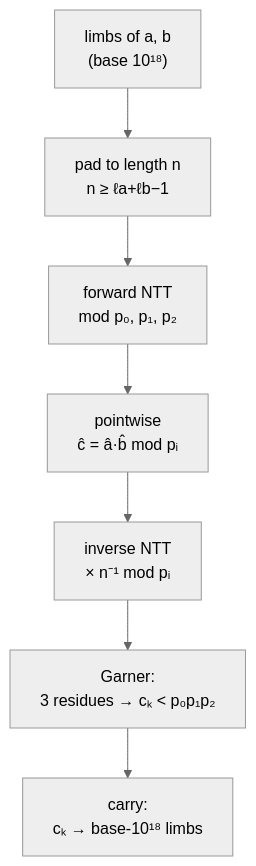
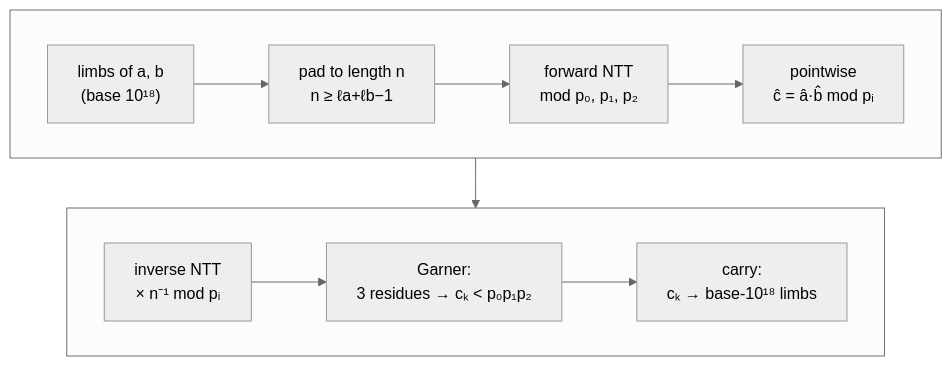
Before and after one commit to cecoppola/ntt: the diagram in docs/build/mermaid1.mmd, drawn with Mermaid (neutral theme). The commit also changed 6 other files, not shown here.

```diff
--- a/docs/build/mermaid1.mmd
+++ b/docs/build/mermaid1.mmd
@@ -1,7 +1,10 @@
 flowchart TB
-  L["limbs of a, b<br/>(base 10¹⁸)"] --> Z["pad to length n<br/>n ≥ ℓa+ℓb−1"]
-  Z --> F0["forward NTT<br/>mod p₀, p₁, p₂"]
-  F0 --> PW["pointwise<br/>ĉ = â·b̂ mod pᵢ"]
-  PW --> I0["inverse NTT<br/>× n⁻¹ mod pᵢ"]
-  I0 --> G["Garner:<br/>3 residues → cₖ < p₀p₁p₂"]
-  G --> C["carry:<br/>cₖ → base-10¹⁸ limbs"]
+  subgraph R1[" "]
+    direction LR
+    L["limbs of a, b<br/>(base 10¹⁸)"] --> Z["pad to length n<br/>n ≥ ℓa+ℓb−1"] --> F0["forward NTT<br/>mod p₀, p₁, p₂"] --> PW["pointwise<br/>ĉ = â·b̂ mod pᵢ"]
+  end
+  subgraph R2[" "]
+    direction LR
+    I0["inverse NTT<br/>× n⁻¹ mod pᵢ"] --> G["Garner:<br/>3 residues → cₖ < p₀p₁p₂"] --> C["carry:<br/>cₖ → base-10¹⁸ limbs"]
+  end
+  R1 --> R2
```
